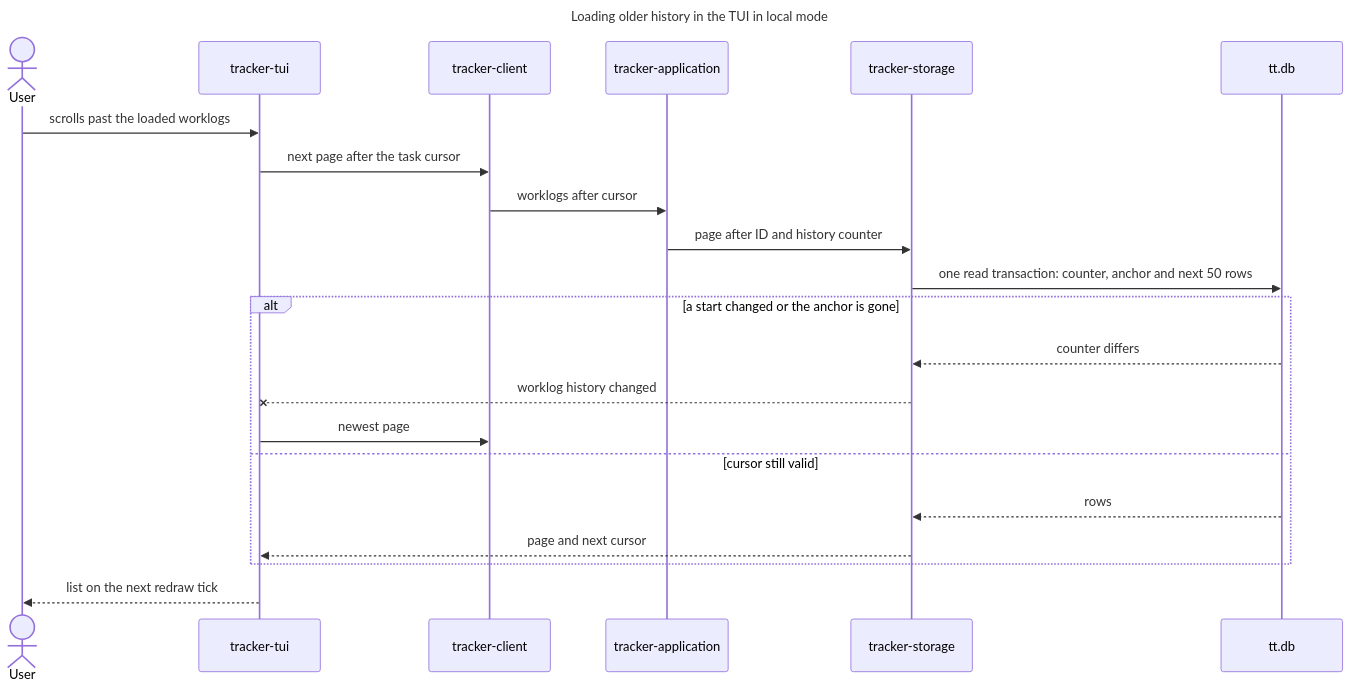
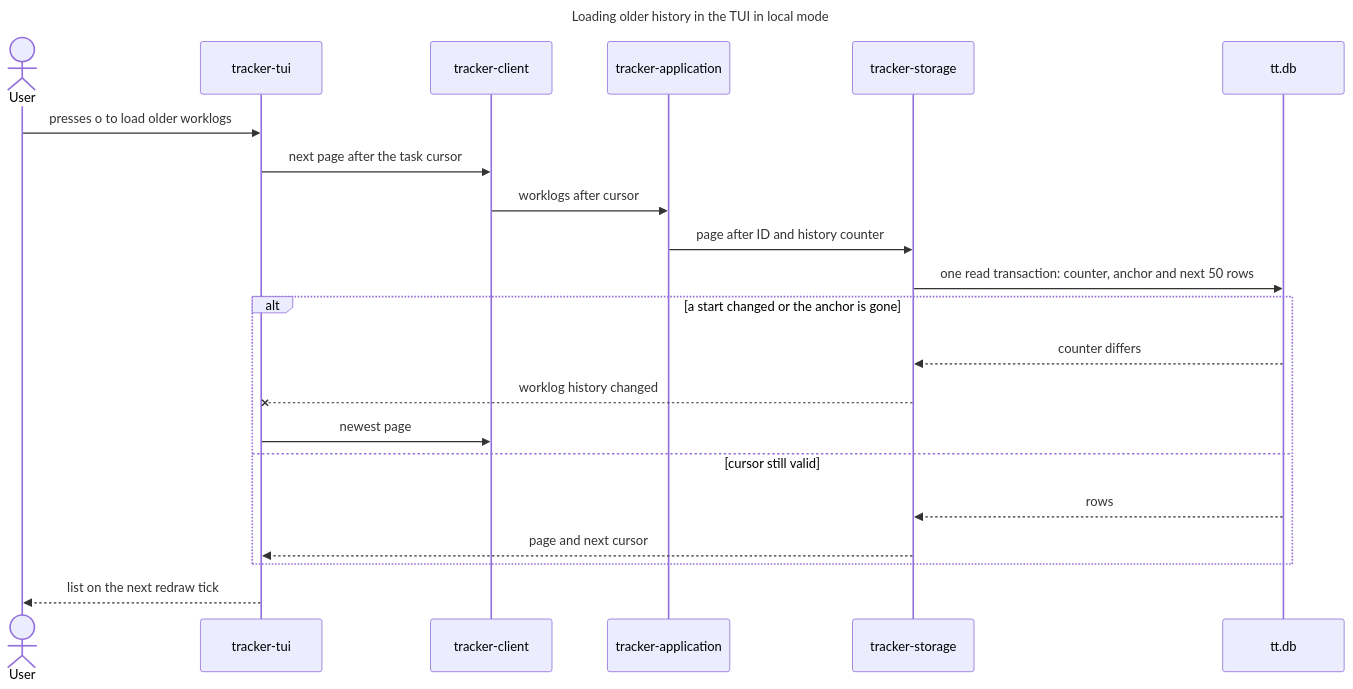
One commit to remshams/time-tracker changed the sixth of 6 diagrams in docs/architecture/architecture.md. Above: the diagram before and after it, drawn with Mermaid. The commit also changed other lines of this file and 2 other files, not shown here.

Commit message:
docs(Architecture): correct the bridge guard and history paging descriptions

````diff
--- a/docs/architecture/architecture.md
+++ b/docs/architecture/architecture.md
@@ -264,26 +266,26 @@
 ```mermaid
 ---
 title: Loading older history in the TUI in local mode
 ---
 sequenceDiagram
     actor User
     participant Tui as tracker-tui
     participant Backend as tracker-client
     participant Application as tracker-application
     participant Storage as tracker-storage
     participant Db as tt.db
-    User->>Tui: scrolls past the loaded worklogs
+    User->>Tui: presses o to load older worklogs
     Tui->>Backend: next page after the task cursor
     Backend->>Application: worklogs after cursor
     Application->>Storage: page after ID and history counter
     Storage->>Db: one read transaction: counter, anchor and next 50 rows
     alt a start changed or the anchor is gone
         Db-->>Storage: counter differs
         Storage--xTui: worklog history changed
         Tui->>Backend: newest page
     else cursor still valid
         Db-->>Storage: rows
         Storage-->>Tui: page and next cursor
     end
     Tui-->>User: list on the next redraw tick
 ```
````
